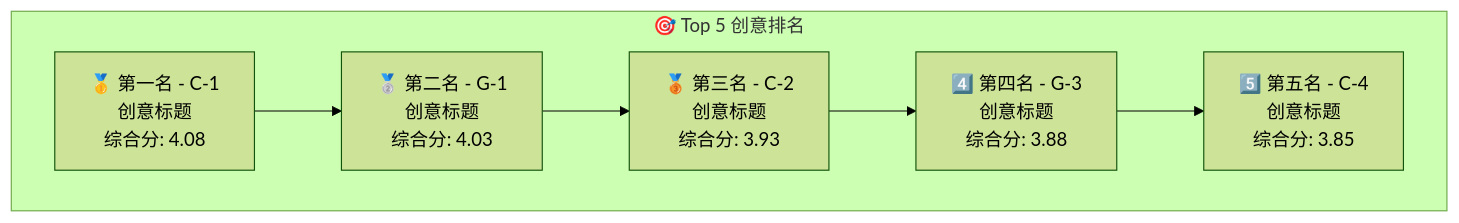
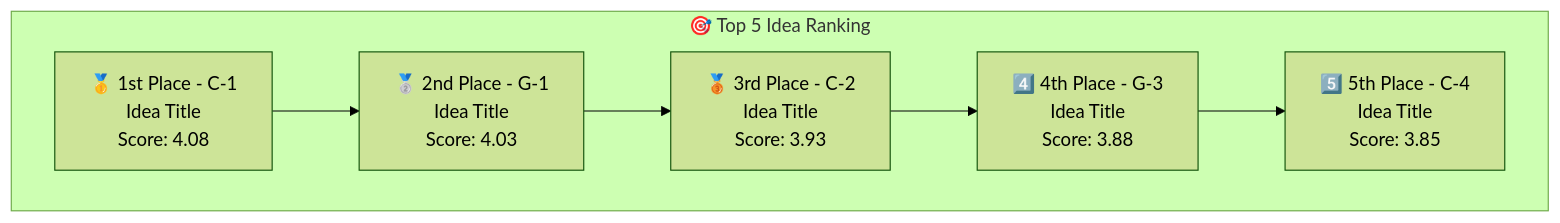
The seventh of 10 diagrams in plugins/brainstorm/skills/idea-evaluator/references/mermaid-templates.md (zengwenliang416/my-plugins), drawn with Mermaid (forest theme) before and after one commit. The commit also changed other lines of this file and 3 other files, not shown here.

````diff
--- a/plugins/brainstorm/skills/idea-evaluator/references/mermaid-templates.md
+++ b/plugins/brainstorm/skills/idea-evaluator/references/mermaid-templates.md
@@ -138,12 +138,12 @@
 ```mermaid
 graph TB
-    subgraph "🎯 Top 5 创意排名"
-        A["🥇 第一名 - C-1<br/>创意标题<br/>综合分: 4.08"]
-        B["🥈 第二名 - G-1<br/>创意标题<br/>综合分: 4.03"]
-        C["🥉 第三名 - C-2<br/>创意标题<br/>综合分: 3.93"]
-        D["4️⃣ 第四名 - G-3<br/>创意标题<br/>综合分: 3.88"]
-        E["5️⃣ 第五名 - C-4<br/>创意标题<br/>综合分: 3.85"]
+    subgraph "🎯 Top 5 Idea Ranking"
+        A["🥇 1st Place - C-1<br/>Idea Title<br/>Score: 4.08"]
+        B["🥈 2nd Place - G-1<br/>Idea Title<br/>Score: 4.03"]
+        C["🥉 3rd Place - C-2<br/>Idea Title<br/>Score: 3.93"]
+        D["4️⃣ 4th Place - G-3<br/>Idea Title<br/>Score: 3.88"]
+        E["5️⃣ 5th Place - C-4<br/>Idea Title<br/>Score: 3.85"]
     end
 
     A --> B --> C --> D --> E
 ```
````
